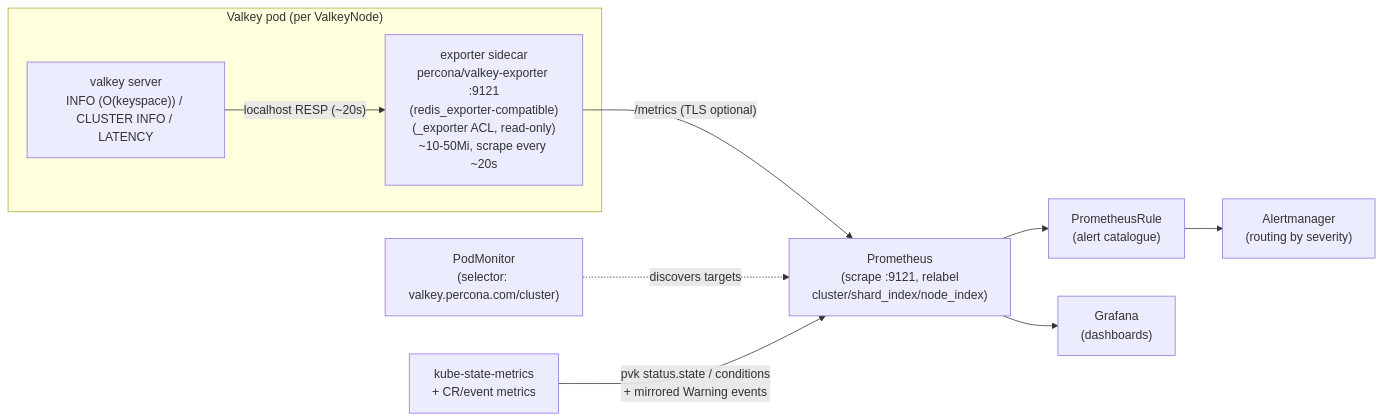
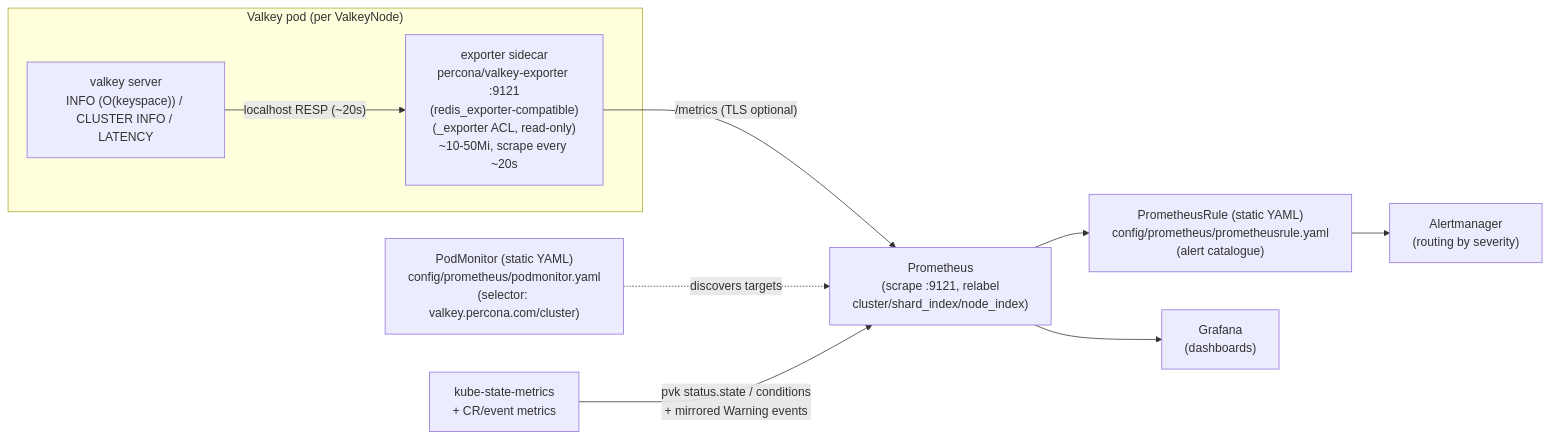
The second of 3 diagrams in docs/architecture/08-observability.md (EvgeniyPatlan/percona-valkey-operator), drawn with Mermaid before and after one commit. The commit also changed other lines of this file and 9 other files, not shown here.

````diff
--- a/docs/architecture/08-observability.md
+++ b/docs/architecture/08-observability.md
@@ -364,21 +363,21 @@
 ```mermaid
 flowchart LR
     subgraph pod["Valkey pod (per ValkeyNode)"]
         vk["valkey server<br/>INFO (O(keyspace)) / CLUSTER INFO / LATENCY"]
         exp["exporter sidecar<br/>percona/valkey-exporter :9121<br/>(redis_exporter-compatible)<br/>(_exporter ACL, read-only)<br/>~10-50Mi, scrape every ~20s"]
         vk -- "localhost RESP (~20s)" --> exp
     end
-    pm["PodMonitor<br/>(selector: valkey.percona.com/cluster)"]
+    pm["PodMonitor (static YAML)<br/>config/prometheus/podmonitor.yaml<br/>(selector: valkey.percona.com/cluster)"]
     prom["Prometheus<br/>(scrape :9121, relabel<br/>cluster/shard_index/node_index)"]
-    rules["PrometheusRule<br/>(alert catalogue)"]
+    rules["PrometheusRule (static YAML)<br/>config/prometheus/prometheusrule.yaml<br/>(alert catalogue)"]
     am["Alertmanager<br/>(routing by severity)"]
     graf["Grafana<br/>(dashboards)"]
     ksm["kube-state-metrics<br/>+ CR/event metrics"]
 
     exp -- "/metrics (TLS optional)" --> prom
     pm -. "discovers targets" .-> prom
     prom --> rules
     rules --> am
     prom --> graf
     ksm -- "pvk status.state / conditions<br/>+ mirrored Warning events" --> prom
 ```
````
